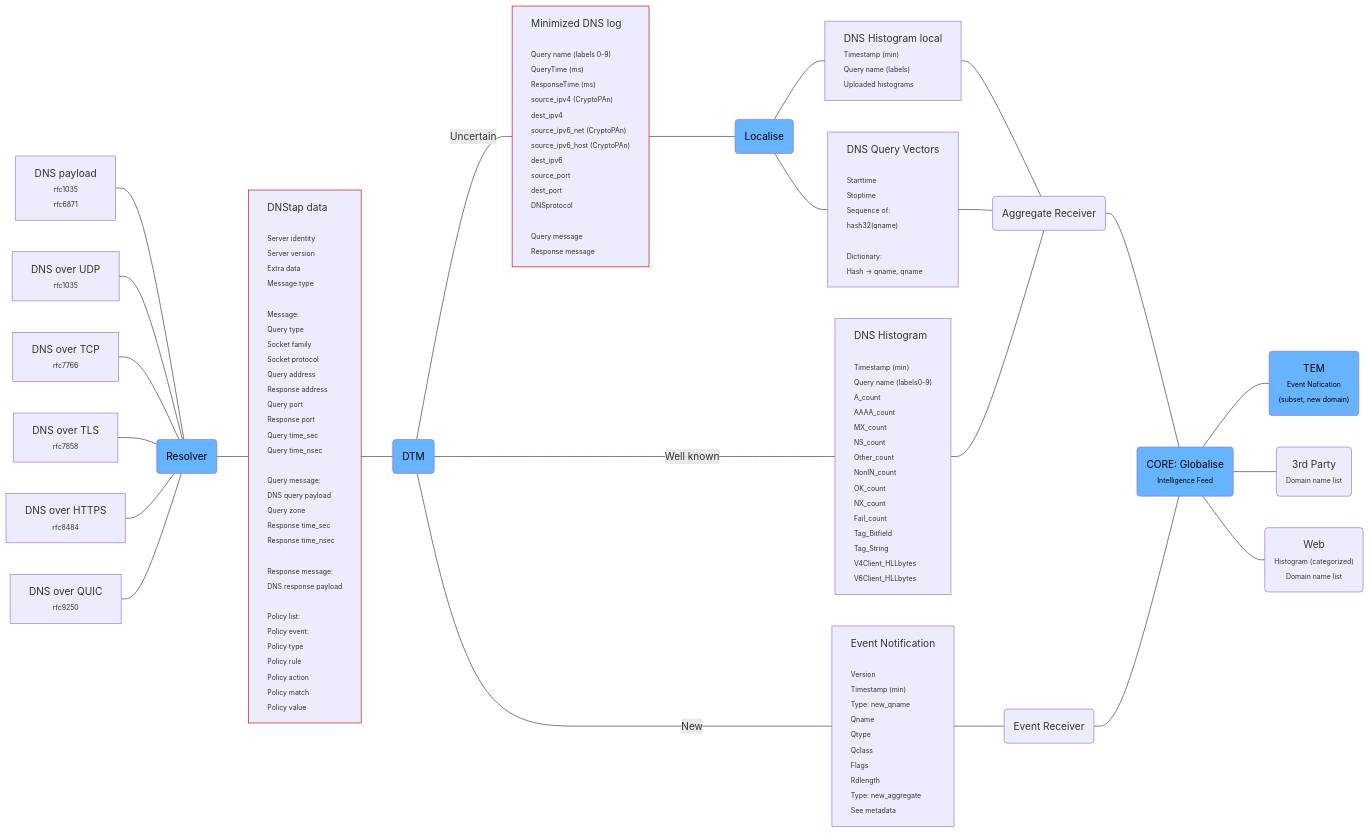
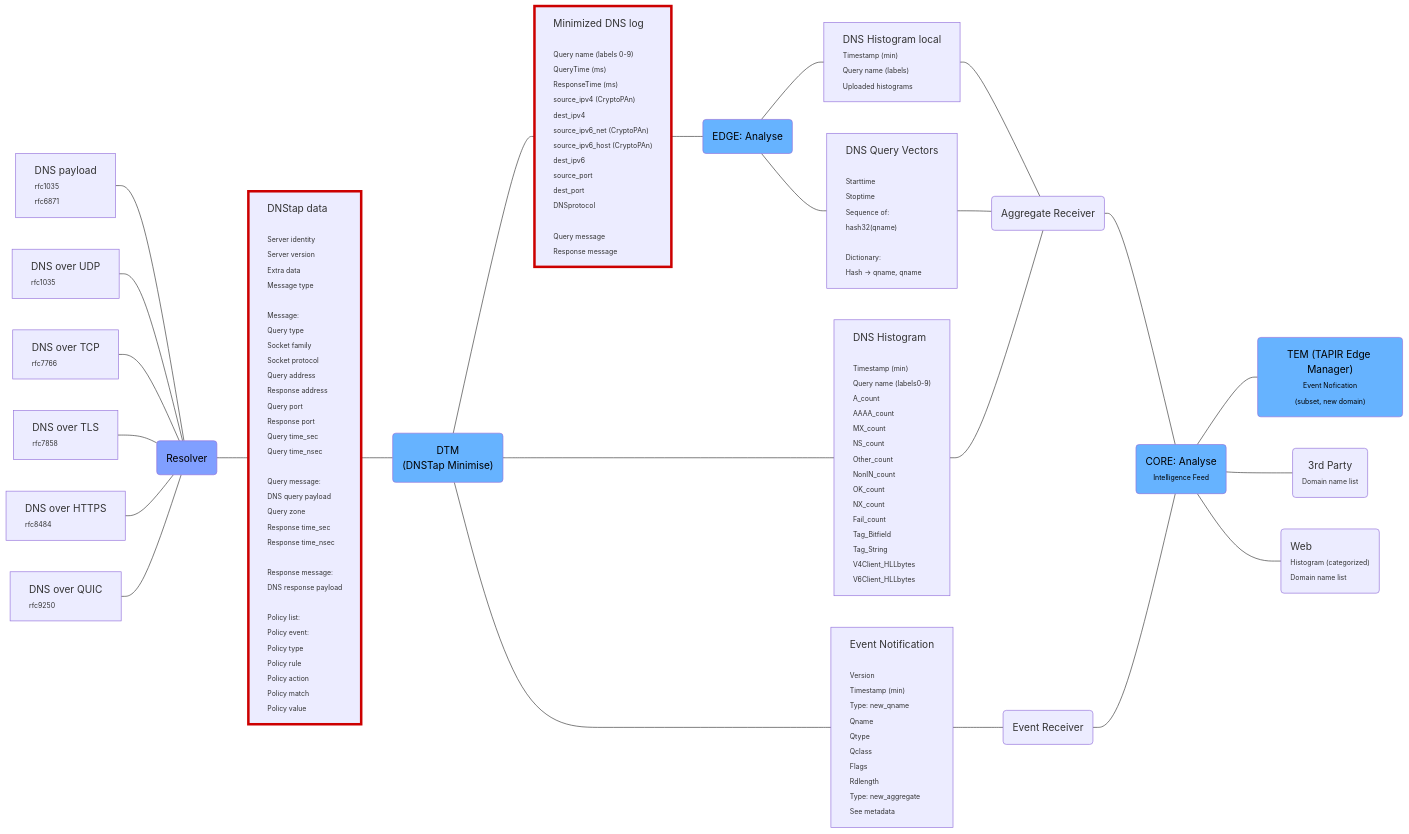
One commit to dnstapir/datasets changed the diagram in tapirdataflow.md. Above: the diagram before and after it, drawn with Mermaid.

````diff
--- a/tapirdataflow.md
+++ b/tapirdataflow.md
@@ -1,4 +1,5 @@
 ```mermaid
+
 %%{
   init: {
   "themeVariables": {
@@ -9,24 +10,23 @@
 flowchart LR
     A[DNS payload 
     <span style="font-size:11px;text-align:left;">rfc1035
-    rfc6871</span>
-] --- R(Resolver)
+    rfc6871</span>]:::nodebase --- R(Resolver)
     B[DNS over UDP
     <span style="font-size:11px;">rfc1035
-    </span>] --- R
+    </span>]:::nodebase --- R
     C[DNS over TCP
     <span style="font-size:11px;">rfc7766
-    </span>] --- R
+    </span>]:::nodebase --- R
     D[DNS over TLS
     <span style="font-size:11px;">rfc7858
-    </span>] --- R
+    </span>]:::nodebase --- R
     E[DNS over HTTPS
     <span style="font-size:11px;">rfc8484
-    </span>] --- R
+    </span>]:::nodebase --- R
     F[DNS over QUIC
     <span style="font-size:11px;">rfc9250
-    </span>] --- R
-  R:::service --- T[DNStap data
+    </span>]:::nodebase --- R
+  R:::service_other --- T[DNStap data
 
     <span style="font-size:11px;">Server identity
     Server version
@@ -62,7 +62,7 @@
 Policy value
 </span>]:::sensitive
 
-DTM -- New --- Event["Event Notification
+DTM --- Event["Event Notification
 
 <span style='font-size:11px;'>Version
 Timestamp (min)
@@ -76,9 +76,10 @@
 See metadata</span>
 "]:::nodebase
 
-T --- DTM(DTM):::service
+T --- DTM("DTM 
+(DNSTap Minimise)"):::service
 
-DTM -- Well known --- Hist["DNS Histogram
+DTM --- Hist["DNS Histogram
 <span style='font-size:11px;'>
 Timestamp (min)
 Query name (labels0-9)
@@ -97,7 +98,7 @@
 V6Client_HLLbytes</span>
 "]:::nodebase
 
-DTM -- Uncertain --- Mini["Minimized DNS log
+DTM --- Mini["Minimized DNS log
 
 <span style='font-size:11px;'>Query name (labels 0-9)
 QueryTime (ms)
@@ -114,7 +115,7 @@
 Query message
 Response message</span>"]:::sensitive
 
-Mini --- L(Localise):::service 
+Mini --- L(EDGE: Analyse):::service 
 
 L --- HL["DNS Histogram local
 <span style='font-size:11px;'>Timestamp (min)
@@ -134,22 +135,25 @@
 HL --- AF(Aggregate Receiver)
 QV --- AF
 Hist --- AF
-AF --- Gb(CORE: Globalise
+AF --- Gb(CORE: Analyse
 <span style='font-size:11px;'>Intelligence Feed</span>):::service 
 Event --- Er(Event Receiver)
 Er --- Gb
-Gb --- Tem("TEM
+
+Gb --- Tem("TEM (TAPIR Edge Manager)
 <span style='font-size:11px;'>Event Nofication
 (subset, new domain)"</span>):::service 
+
 Gb --- 3p(3rd Party
-<span style='font-size:11px;'>Domain name list</span>)
+<span style='font-size:11px;'>Domain name list</span>):::greyed
+
 Gb --- W("Web
 <span style='font-size:11px;'>Histogram (categorized)
-Domain name list"</span>)
+Domain name list"</span>):::nodebase
 
 classDef service fill:#66b3ff,color:#000
 classDef nodebase text-align:left;
-classDef sensitive text-align:left,stroke:#c00;
-classDef partly-sensitive text-align:left,stroke:#f90;
+classDef sensitive text-align:left,stroke:#c00,stroke-width:4px;
+classDef service_other fill:#809fff,color:#000
 
 ```
````
